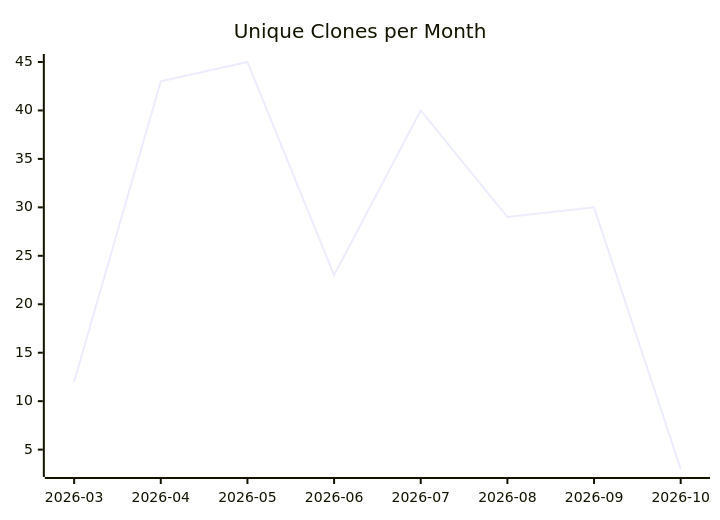
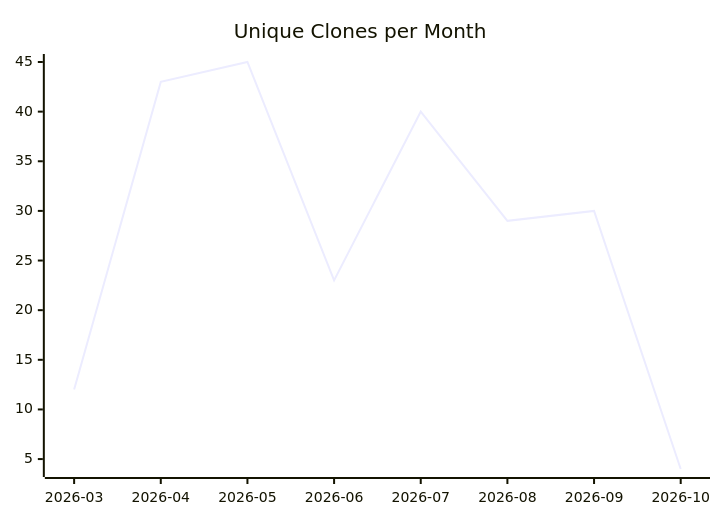
One commit to justdavis-family/github-analytics-data changed the third of 3 diagrams in karlmdavis/ksoap2-android/README.md. Above: the diagram before and after it, drawn with Mermaid. The commit also changed other lines of this file and 202 other files, not shown here.

````diff
--- a/karlmdavis/ksoap2-android/README.md
+++ b/karlmdavis/ksoap2-android/README.md
@@ -19,6 +19,6 @@
 ```mermaid
 xychart-beta
   title "Unique Clones per Month"
   x-axis ["2026-03", "2026-04", "2026-05", "2026-06", "2026-07", "2026-08", "2026-09", "2026-10"]
-  line [12, 43, 45, 23, 40, 29, 30, 3]
+  line [12, 43, 45, 23, 40, 29, 30, 4]
 ```
````
